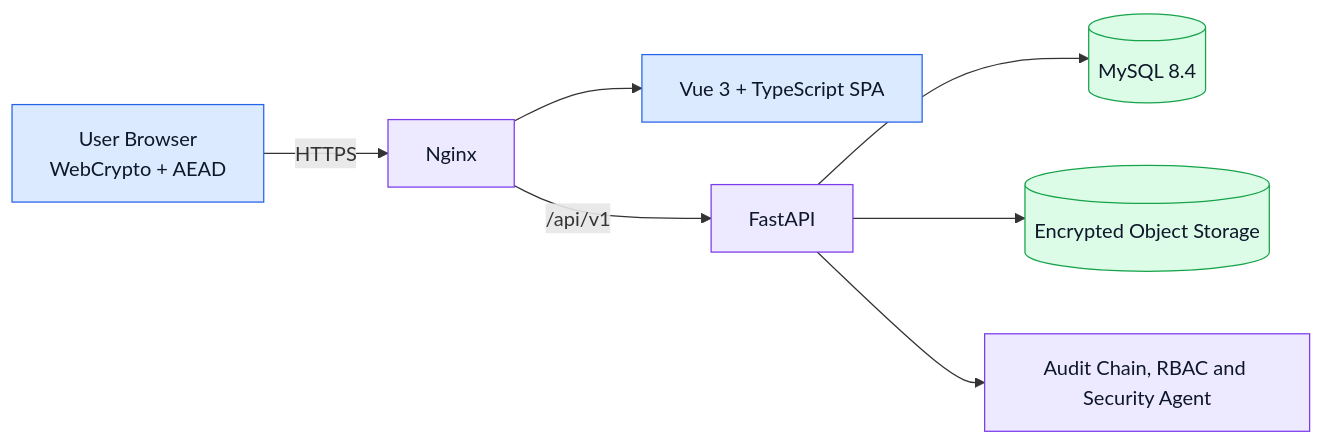
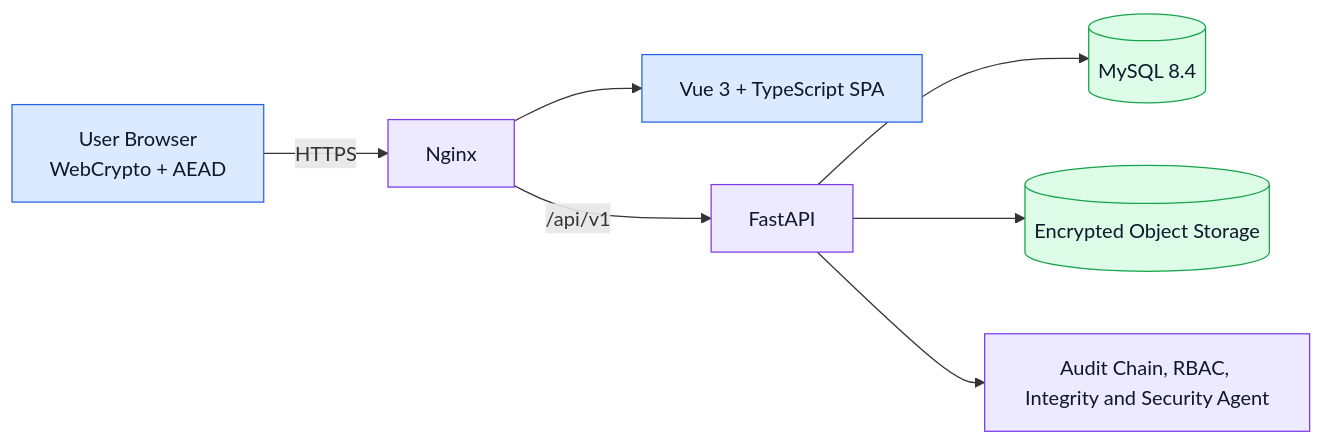
The diagram in README.md (Waldo0926/SecureView), drawn with Mermaid before and after one commit. The commit also changed other lines of this file and 10 other files, not shown here.

````diff
--- a/README.md
+++ b/README.md
@@ -36,15 +68,15 @@
-```mermaid
+~~~mermaid
 flowchart LR
 U[User Browser<br/>WebCrypto + AEAD] -->|HTTPS| N[Nginx]
 N --> F[Vue 3 + TypeScript SPA]
 N -->|/api/v1| A[FastAPI]
 A --> D[(MySQL 8.4)]
 A --> S[(Encrypted Object Storage)]
-A --> L[Audit Chain, RBAC and Security Agent]
+A --> L[Audit Chain, RBAC, Integrity and Security Agent]
 classDef client fill:#dbeafe,stroke:#2563eb,color:#0f172a
 classDef server fill:#ede9fe,stroke:#7c3aed,color:#0f172a
 classDef data fill:#dcfce7,stroke:#16a34a,color:#0f172a
 class U,F client
 class N,A,L server
 class D,S data
-```
+~~~
````
